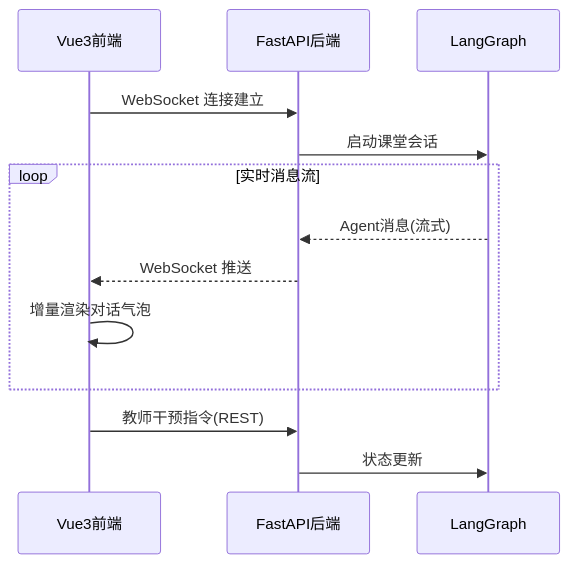
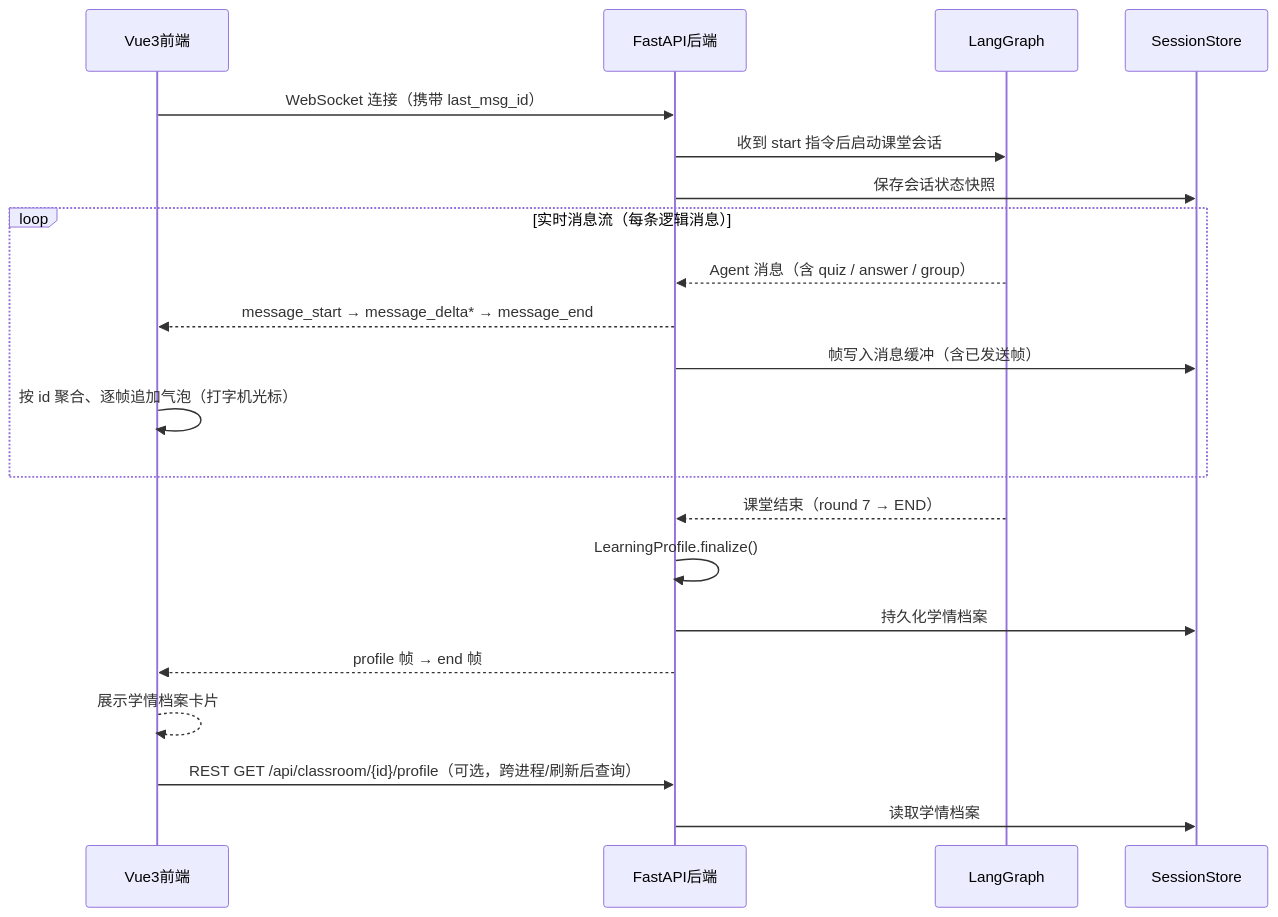
The ninth of 10 diagrams in AI_Classroom_多智能体互动教学课堂_项目文档.md (lz204/ai-classroom), drawn with Mermaid before and after one commit. The commit also changed other lines of this file and 1 other file, not shown here.

````diff
--- a/AI_Classroom_多智能体互动教学课堂_项目文档.md
+++ b/AI_Classroom_多智能体互动教学课堂_项目文档.md
@@ -792,16 +937,24 @@
 ```mermaid
 sequenceDiagram
     participant F as Vue3前端
     participant B as FastAPI后端
     participant G as LangGraph
+    participant P as SessionStore
 
-    F->>B: WebSocket 连接建立
-    B->>G: 启动课堂会话
-    loop 实时消息流
-        G-->>B: Agent消息(流式)
-        B-->>F: WebSocket 推送
-        F->>F: 增量渲染对话气泡
+    F->>B: WebSocket 连接（携带 last_msg_id）
+    B->>G: 收到 start 指令后启动课堂会话
+    B->>P: 保存会话状态快照
+    loop 实时消息流（每条逻辑消息）
+        G-->>B: Agent 消息（含 quiz / answer / group）
+        B-->>F: message_start → message_delta* → message_end
+        B->>P: 帧写入消息缓冲（含已发送帧）
+        F->>F: 按 id 聚合、逐帧追加气泡（打字机光标）
     end
-    F->>B: 教师干预指令(REST)
-    B->>G: 状态更新
+    G-->>B: 课堂结束（round 7 → END）
+    B->>B: LearningProfile.finalize()
+    B->>P: 持久化学情档案
+    B-->>F: profile 帧 → end 帧
+    F-->>F: 展示学情档案卡片
+    F->>B: REST GET /api/classroom/{id}/profile（可选，跨进程/刷新后查询）
+    B->>P: 读取学情档案
 ```
````
